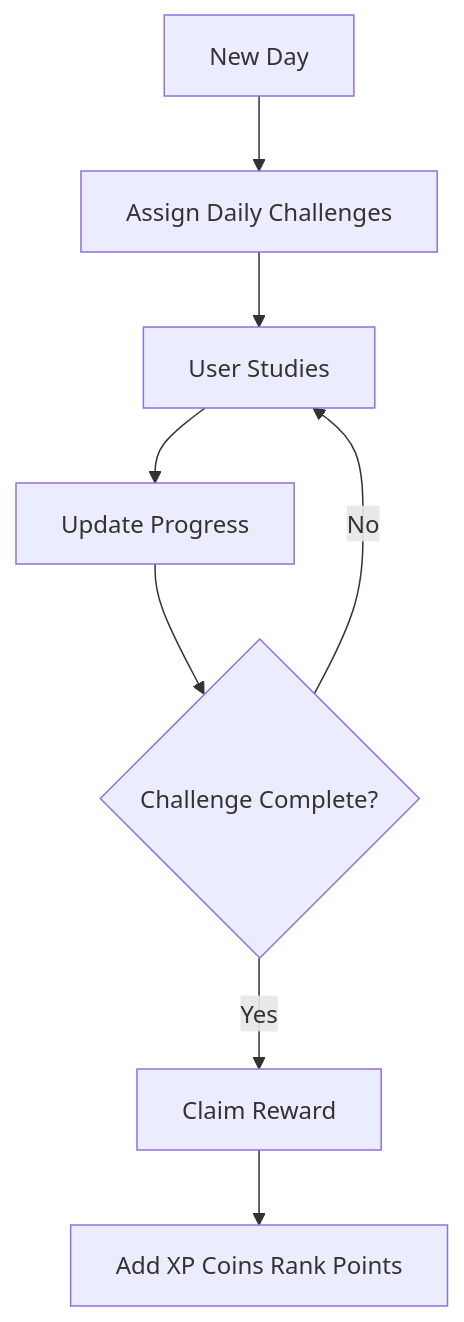
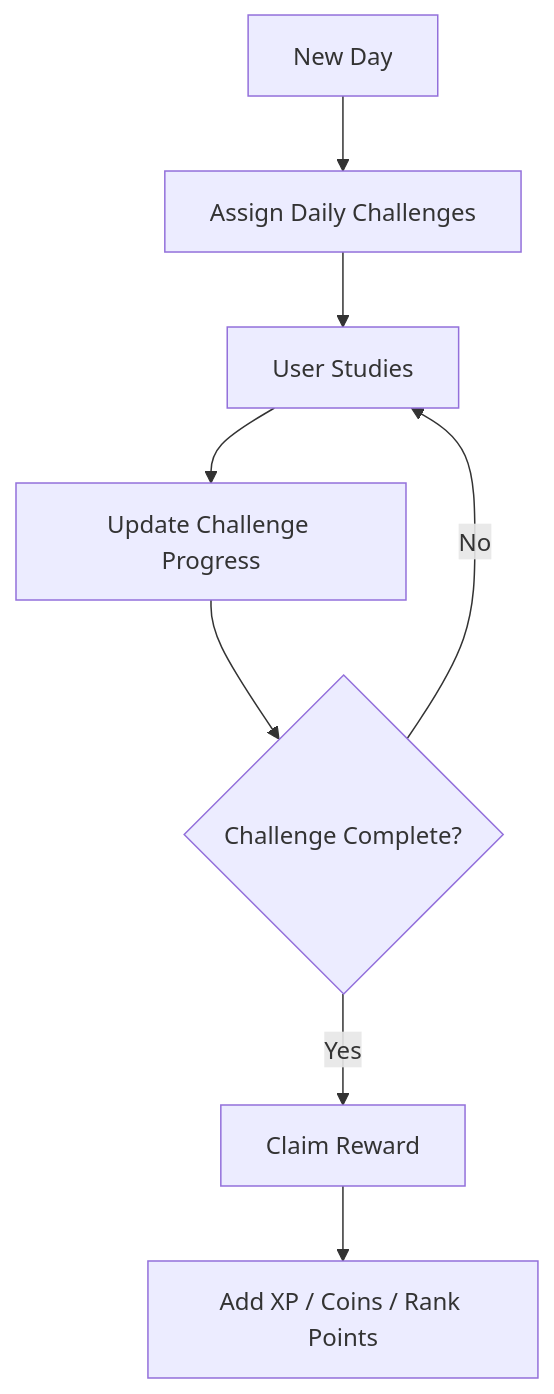
Before and after one commit to bipulkumar62/FocusSaga-XP: diagram 11 of 14 in README.md, drawn with Mermaid. The commit also changed other lines of this file, not shown here.

````diff
--- a/README.md
+++ b/README.md
@@ -220,10 +384,10 @@
 ```mermaid
 flowchart TD
     A[New Day] --> B[Assign Daily Challenges]
     B --> C[User Studies]
-    C --> D[Update Progress]
+    C --> D[Update Challenge Progress]
     D --> E{Challenge Complete?}
     E -- No --> C
     E -- Yes --> F[Claim Reward]
-    F --> G[Add XP Coins Rank Points]
+    F --> G[Add XP / Coins / Rank Points]
 ```
````
